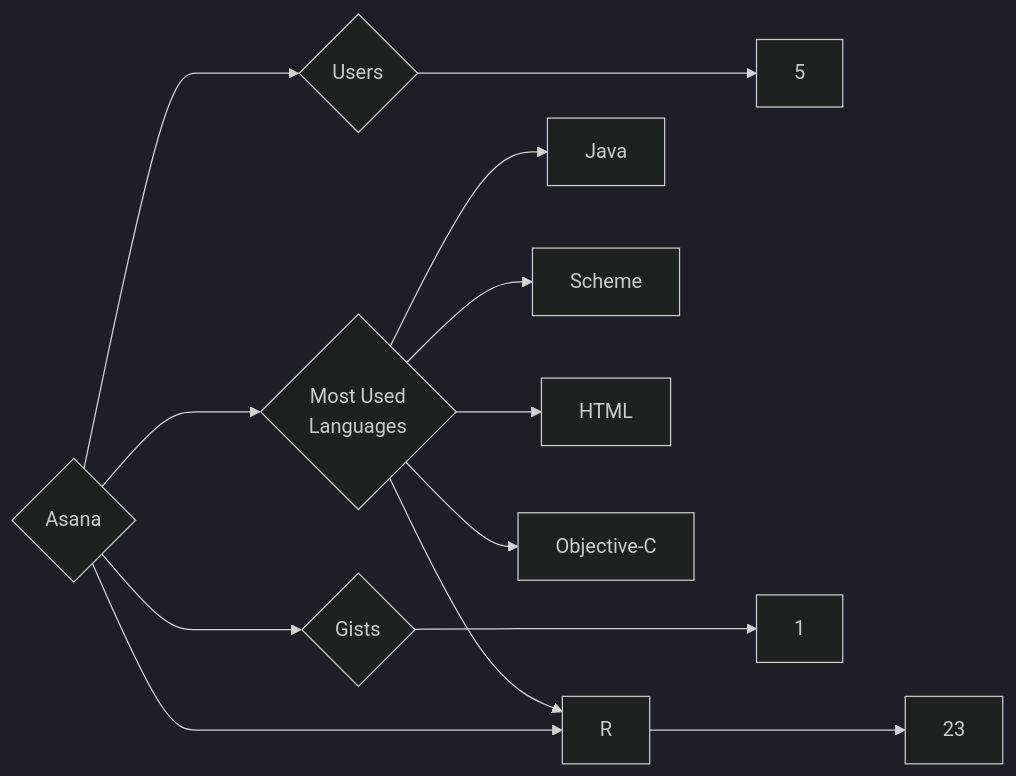
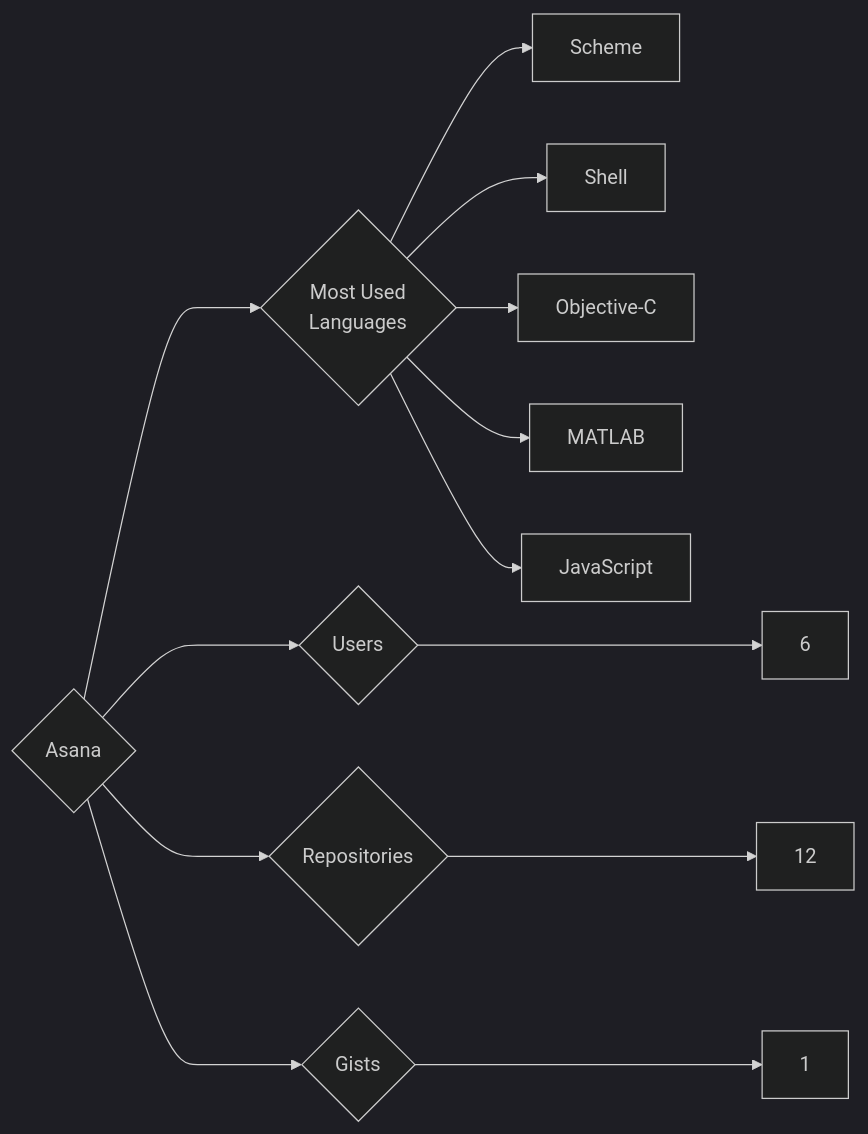
The diagram in targets/Asana/README.md (trickest/insiders), drawn with Mermaid (dark theme) before and after one commit. The commit also changed 1212 other files, not shown here.

````diff
--- a/targets/Asana/README.md
+++ b/targets/Asana/README.md
@@ -3,13 +3,13 @@
 ```mermaid
 graph LR
 COMPANY_NAME{Asana}
-COMPANY_NAME ---> U{Users} ---> UN[5]
-COMPANY_NAME ---> R{Repositories} ---> RN[23]
+COMPANY_NAME ---> U{Users} ---> UN[6]
+COMPANY_NAME ---> R{Repositories} ---> RN[12]
 COMPANY_NAME ---> G{Gists} ---> GN[1]
 COMPANY_NAME ---> ML{Most Used<br>Languages}
-ML --> Java[Java]
 ML --> Scheme[Scheme]
-ML --> HTML[HTML]
-ML --> R[R]
+ML --> Shell[Shell]
 ML --> Objective-C[Objective-C]
+ML --> MATLAB[MATLAB]
+ML --> JavaScript[JavaScript]
 ```
````
